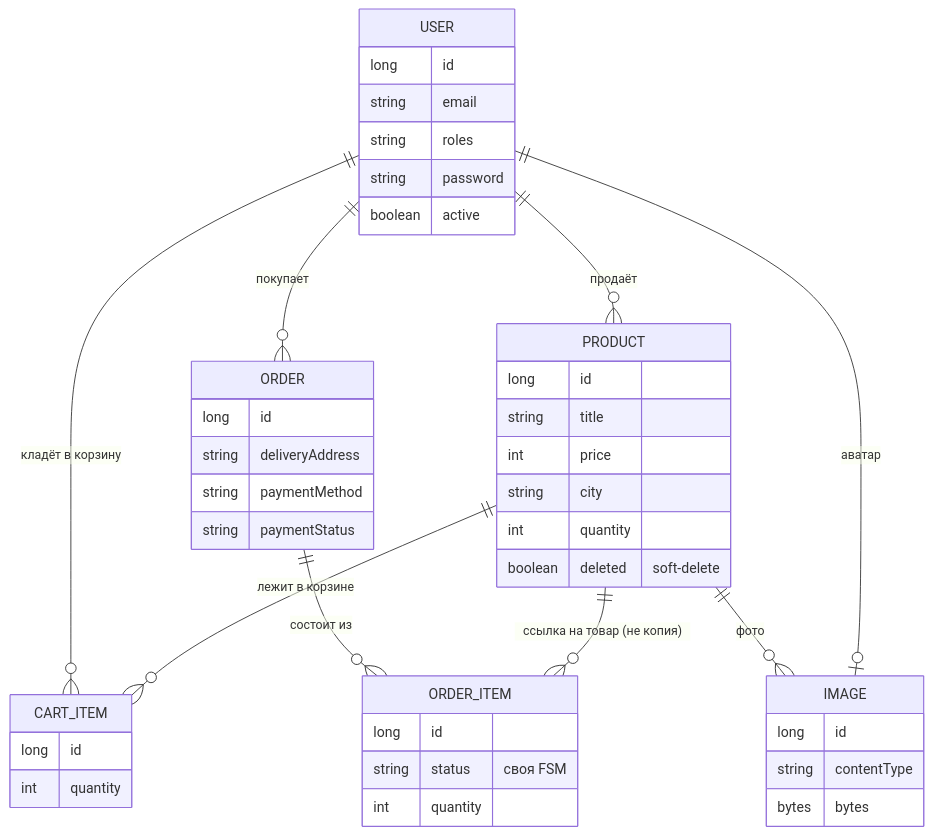
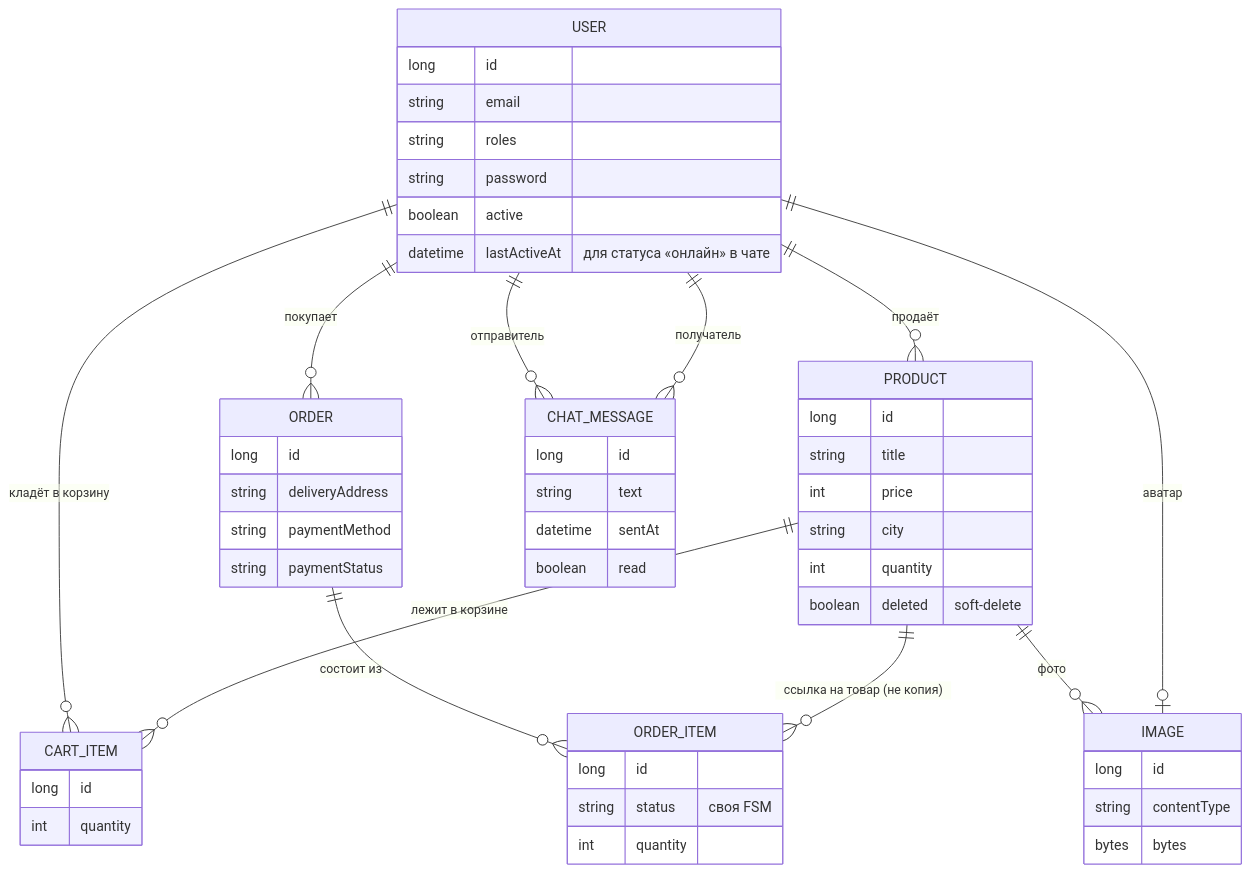
One commit to Dikii45/MarketPlace changed the second of 3 diagrams in docs/architecture.md. Above: the diagram before and after it, drawn with Mermaid. The commit also changed other lines of this file and 1 other file, not shown here.

First line of the commit message:
Update README and architecture docs for JWT API, Swagger, tests, CI/CD

````diff
--- a/docs/architecture.md
+++ b/docs/architecture.md
@@ -94,47 +103,56 @@
 ```mermaid
 erDiagram
     USER ||--o{ PRODUCT : "продаёт"
     USER ||--o{ CART_ITEM : "кладёт в корзину"
     PRODUCT ||--o{ CART_ITEM : "лежит в корзине"
     USER ||--o{ ORDER : "покупает"
     ORDER ||--o{ ORDER_ITEM : "состоит из"
     PRODUCT ||--o{ ORDER_ITEM : "ссылка на товар (не копия)"
     PRODUCT ||--o{ IMAGE : "фото"
     USER ||--o| IMAGE : "аватар"
+    USER ||--o{ CHAT_MESSAGE : "отправитель"
+    USER ||--o{ CHAT_MESSAGE : "получатель"
 
     USER {
         long id
         string email
         string roles
         string password
         boolean active
+        datetime lastActiveAt "для статуса «онлайн» в чате"
+    }
+    CHAT_MESSAGE {
+        long id
+        string text
+        datetime sentAt
+        boolean read
     }
     PRODUCT {
         long id
         string title
         int price
         string city
         int quantity
         boolean deleted "soft-delete"
     }
     CART_ITEM {
         long id
         int quantity
     }
     ORDER {
         long id
         string deliveryAddress
         string paymentMethod
         string paymentStatus
     }
     ORDER_ITEM {
         long id
         string status "своя FSM"
         int quantity
     }
     IMAGE {
         long id
         string contentType
         bytes bytes
     }
 ```
````
